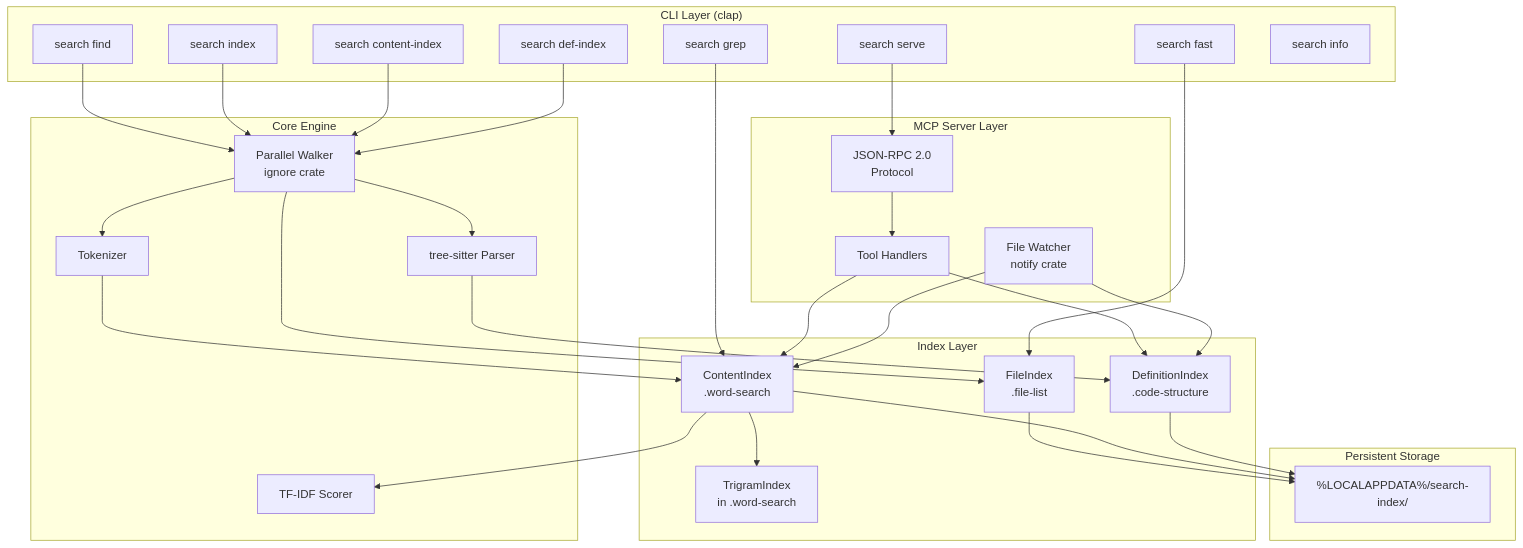
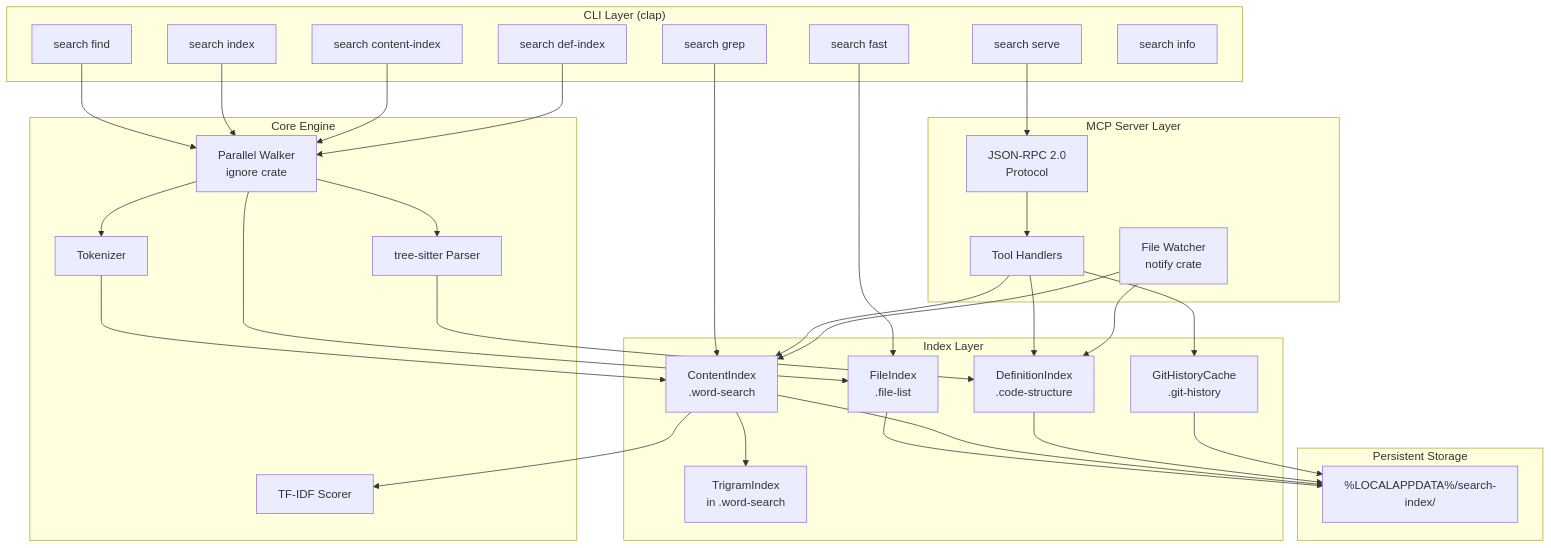
One commit to pustynsky/search-index changed the first of 9 diagrams in docs/architecture.md. Above: the diagram before and after it, drawn with Mermaid. The commit also changed other lines of this file and 28 other files, not shown here.

Commit message:
Sub-millisecond Git Queries with Compact In-Memory Cache

````diff
--- a/docs/architecture.md
+++ b/docs/architecture.md
@@ -7,52 +7,55 @@
 ```mermaid
 graph TB
     subgraph CLI["CLI Layer (clap)"]
         FIND[search find]
         INDEX[search index]
         FAST[search fast]
         CIDX[search content-index]
         GREP[search grep]
         DIDX[search def-index]
         SERVE[search serve]
         INFO[search info]
     end
 
     subgraph Core["Core Engine"]
         WALK[Parallel Walker<br/>ignore crate]
         TOK[Tokenizer]
         TFIDF[TF-IDF Scorer]
         TSP[tree-sitter Parser]
     end
 
     subgraph Indexes["Index Layer"]
         FI[FileIndex<br/>.file-list]
         CI[ContentIndex<br/>.word-search]
         TRI[TrigramIndex<br/>in .word-search]
         DI[DefinitionIndex<br/>.code-structure]
+        GC[GitHistoryCache<br/>.git-history]
     end
 
     subgraph MCP["MCP Server Layer"]
         PROTO[JSON-RPC 2.0<br/>Protocol]
         HAND[Tool Handlers]
         WATCH[File Watcher<br/>notify crate]
     end
 
     subgraph Storage["Persistent Storage"]
         DISK["%LOCALAPPDATA%/search-index/"]
     end
 
     FIND --> WALK
     INDEX --> WALK --> FI
     CIDX --> WALK --> TOK --> CI --> TRI
     DIDX --> WALK --> TSP --> DI
     FAST --> FI
     GREP --> CI --> TFIDF
     SERVE --> PROTO --> HAND
     HAND --> CI
     HAND --> DI
+    HAND --> GC
     WATCH --> CI
     WATCH --> DI
     FI --> DISK
     CI --> DISK
     DI --> DISK
+    GC --> DISK
 ```
````
